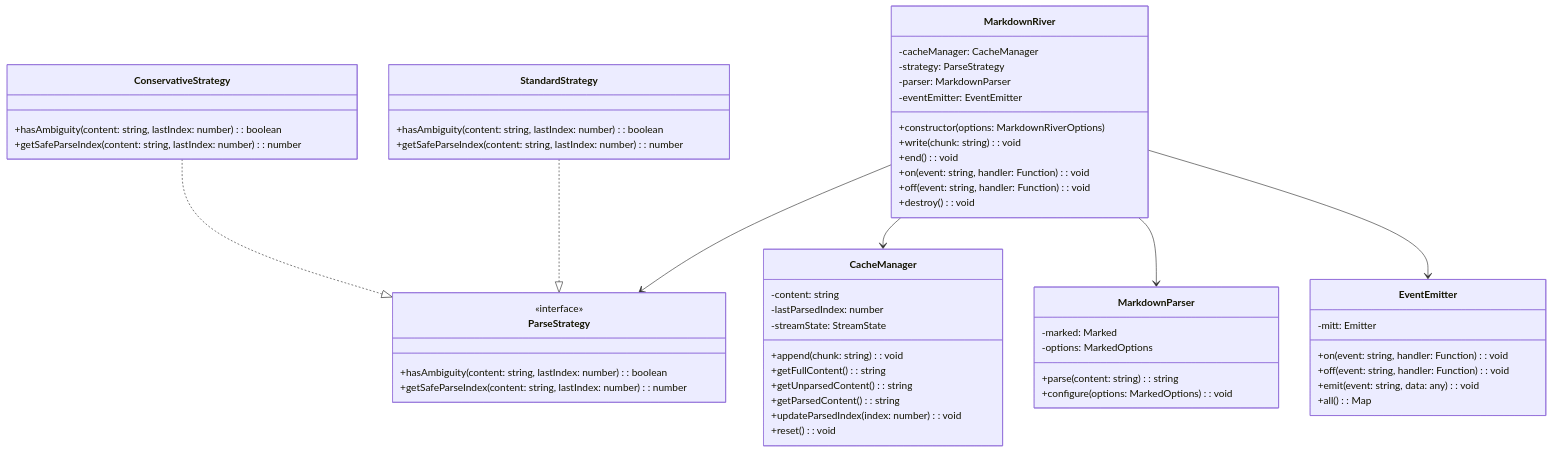
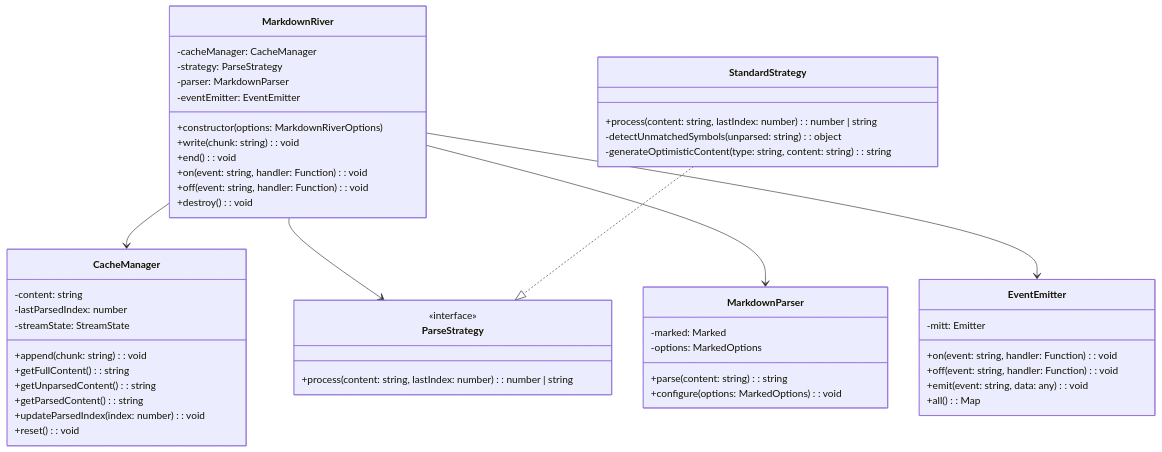
The ninth of 10 diagrams in ARCHITECTURE.md (yarnovo/markdown-river), drawn with Mermaid before and after one commit. The commit also changed other lines of this file and 5 other files, not shown here.

````diff
--- a/ARCHITECTURE.md
+++ b/ARCHITECTURE.md
@@ -444,65 +493,59 @@
 ```mermaid
 classDiagram
     class MarkdownRiver {
         -cacheManager: CacheManager
         -strategy: ParseStrategy
         -parser: MarkdownParser
         -eventEmitter: EventEmitter
         +constructor(options: MarkdownRiverOptions)
         +write(chunk: string): void
         +end(): void
         +on(event: string, handler: Function): void
         +off(event: string, handler: Function): void
         +destroy(): void
     }
 
     class CacheManager {
         -content: string
         -lastParsedIndex: number
         -streamState: StreamState
         +append(chunk: string): void
         +getFullContent(): string
         +getUnparsedContent(): string
         +getParsedContent(): string
         +updateParsedIndex(index: number): void
         +reset(): void
     }
 
     class ParseStrategy {
         <<interface>>
-        +hasAmbiguity(content: string, lastIndex: number): boolean
-        +getSafeParseIndex(content: string, lastIndex: number): number
+        +process(content: string, lastIndex: number): number | string
     }
 
     class StandardStrategy {
-        +hasAmbiguity(content: string, lastIndex: number): boolean
-        +getSafeParseIndex(content: string, lastIndex: number): number
-    }
-
-    class ConservativeStrategy {
-        +hasAmbiguity(content: string, lastIndex: number): boolean
-        +getSafeParseIndex(content: string, lastIndex: number): number
+        +process(content: string, lastIndex: number): number | string
+        -detectUnmatchedSymbols(unparsed: string): object
+        -generateOptimisticContent(type: string, content: string): string
     }
 
     class MarkdownParser {
         -marked: Marked
         -options: MarkedOptions
         +parse(content: string): string
         +configure(options: MarkedOptions): void
     }
 
     class EventEmitter {
         -mitt: Emitter
         +on(event: string, handler: Function): void
         +off(event: string, handler: Function): void
         +emit(event: string, data: any): void
         +all(): Map
     }
 
     MarkdownRiver --> CacheManager
     MarkdownRiver --> ParseStrategy
     MarkdownRiver --> MarkdownParser
     MarkdownRiver --> EventEmitter
     StandardStrategy ..|> ParseStrategy
-    ConservativeStrategy ..|> ParseStrategy
 ```
````
